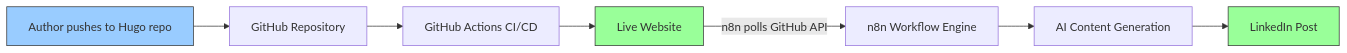
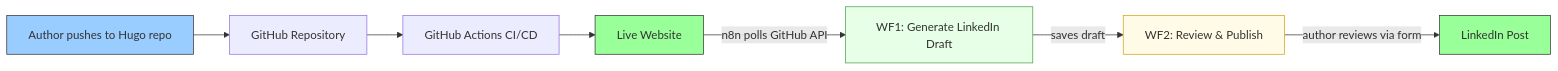
One commit to thatsmeadarsh/n8n-powered-auto-web-publish changed the first of 7 diagrams in docs/architecture.md. Above: the diagram before and after it, drawn with Mermaid. The commit also changed other lines of this file and 7 other files, not shown here.

First line of the commit message:
Add two-workflow architecture with form-based review

````diff
--- a/docs/architecture.md
+++ b/docs/architecture.md
@@ -11,13 +11,15 @@
 ```mermaid
 graph LR
     A["Author pushes to Hugo repo"] --> C["GitHub Repository"]
     C --> E["GitHub Actions CI/CD"]
     E --> F["Live Website"]
-    F -->|"n8n polls GitHub API"| D["n8n Workflow Engine"]
-    D --> G["AI Content Generation"]
-    G --> H["LinkedIn Post"]
+    F -->|"n8n polls GitHub API"| WF1["WF1: Generate LinkedIn Draft"]
+    WF1 -->|"saves draft"| WF2["WF2: Review & Publish"]
+    WF2 -->|"author reviews via form"| H["LinkedIn Post"]
 
     style A fill:#99ccff,stroke:#333
     style F fill:#99ff99,stroke:#333
+    style WF1 fill:#e6ffe6,stroke:#4a9e4a
+    style WF2 fill:#fffbe6,stroke:#d4a017
     style H fill:#99ff99,stroke:#333
 ```
````
